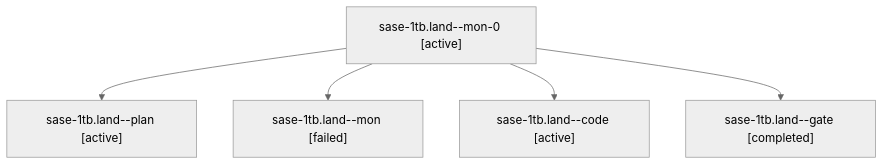
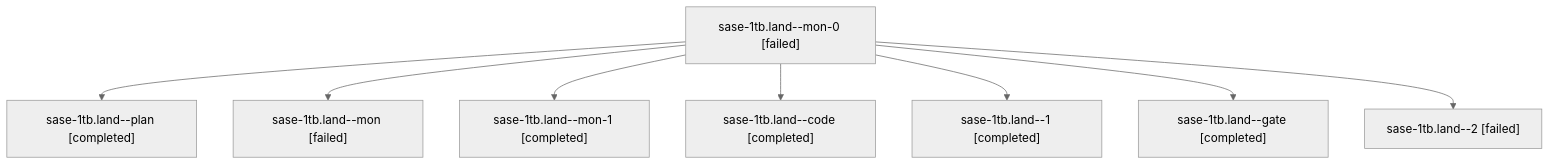
The diagram in sessions/bbugyi200.athena.sase-1tb.land.md (sase-org/sase--agents), drawn with Mermaid (neutral theme) before and after one commit. The commit also changed other lines of this file and 60 other files, not shown here.

````diff
--- a/sessions/bbugyi200.athena.sase-1tb.land.md
+++ b/sessions/bbugyi200.athena.sase-1tb.land.md
@@ -9,12 +9,18 @@
 ```mermaid
 flowchart TD
-  n0["sase-1tb.land--mon-0 [active]"]
-  n1["sase-1tb.land--plan [active]"]
+  n0["sase-1tb.land--mon-0 [failed]"]
+  n1["sase-1tb.land--plan [completed]"]
   n0 --> n1
   n2["sase-1tb.land--mon [failed]"]
   n0 --> n2
-  n3["sase-1tb.land--code [active]"]
+  n3["sase-1tb.land--mon-1 [completed]"]
   n0 --> n3
-  n4["sase-1tb.land--gate [completed]"]
+  n4["sase-1tb.land--code [completed]"]
   n0 --> n4
+  n5["sase-1tb.land--1 [completed]"]
+  n0 --> n5
+  n6["sase-1tb.land--gate [completed]"]
+  n0 --> n6
+  n7["sase-1tb.land--2 [failed]"]
+  n0 --> n7
 ```
````
